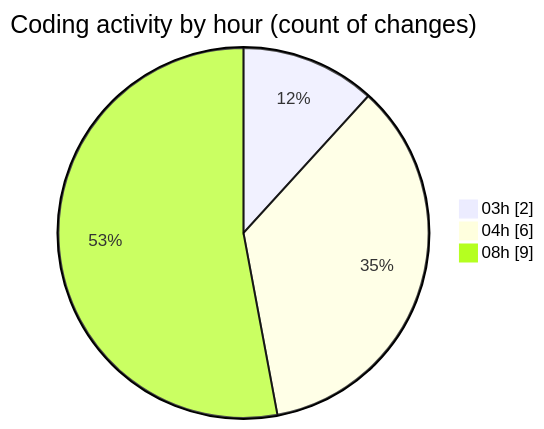
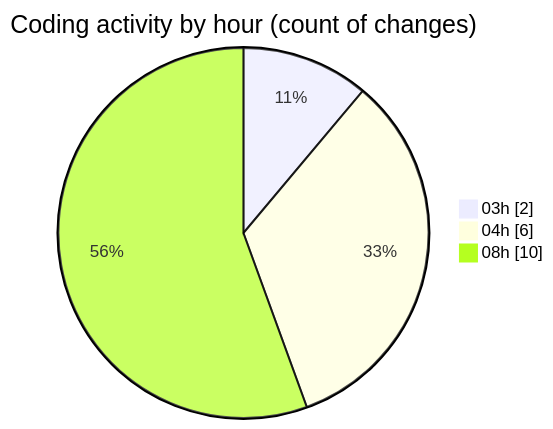
One commit to tmsrecording-cyber/code-tracking changed the second of 2 diagrams in 2026-02-07/singularitybrainai/README.md. Above: the diagram before and after it, drawn with Mermaid. The commit also changed other lines of this file and 1 other file, not shown here.

````diff
--- a/2026-02-07/singularitybrainai/README.md
+++ b/2026-02-07/singularitybrainai/README.md
@@ -33,7 +33,7 @@
 ```mermaid
 pie showData
 title Coding activity by hour (count of changes)
 "03h" : 2
 "04h" : 6
-"08h" : 9
+"08h" : 10
 ```
````
